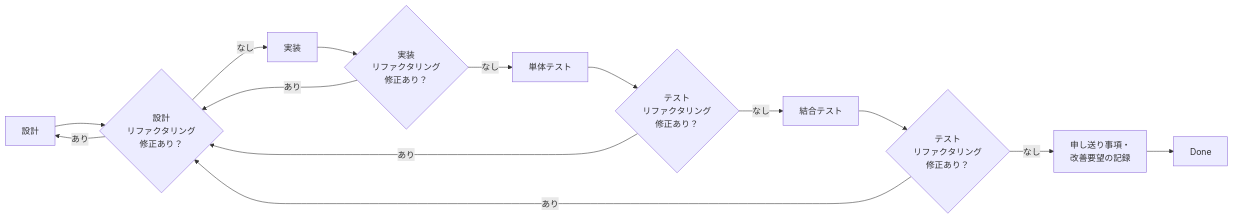
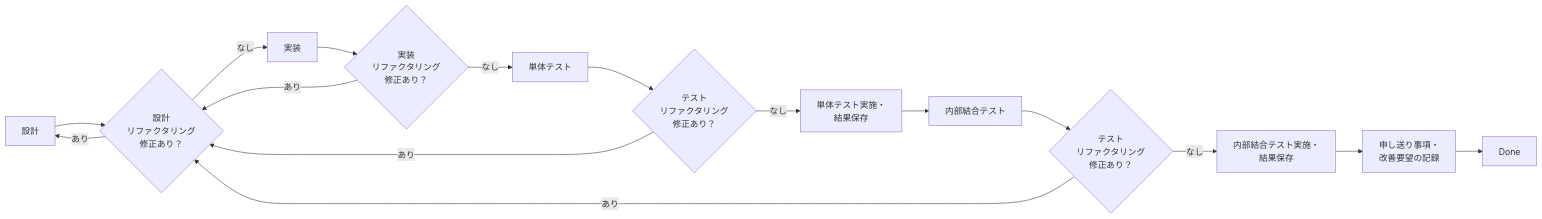
One commit to BossApe/lo-vibe changed the second of 3 diagrams in _document/002.要件定義フェーズ/002.プロジェクト計画/002-03.タスク推進計画.md. Above: the diagram before and after it, drawn with Mermaid. The commit also changed other lines of this file and 15 other files, not shown here.

````diff
--- a/_document/002.要件定義フェーズ/002.プロジェクト計画/002-03.タスク推進計画.md
+++ b/_document/002.要件定義フェーズ/002.プロジェクト計画/002-03.タスク推進計画.md
@@ -85,16 +88,18 @@
 ```mermaid
 flowchart LR
   D[設計] --> DR{設計<br>リファクタリング<br>修正あり？}
     DR -- あり --> D
     DR -- なし --> I[実装]
   I --> IR{実装<br>リファクタリング<br>修正あり？}
     IR -- あり --> DR
     IR -- なし --> UT[単体テスト]
   UT --> UTR{テスト<br>リファクタリング<br>修正あり？}
     UTR -- あり --> DR
-    UTR -- なし --> IT[結合テスト]
-  IT --> ITR{テスト<br>リファクタリング<br>修正あり？}
+    UTR -- なし --> UTS[単体テスト実施・<br>結果保存]
+  UTS --> ITa[内部結合テスト]
+  ITa --> ITR{テスト<br>リファクタリング<br>修正あり？}
     ITR -- あり --> DR
-    ITR -- なし --> REC[申し送り事項・<br>改善要望の記録]
+    ITR -- なし --> ITS[内部結合テスト実施・<br>結果保存]
+  ITS --> REC[申し送り事項・<br>改善要望の記録]
   REC --> Done[Done]
 ```
````
